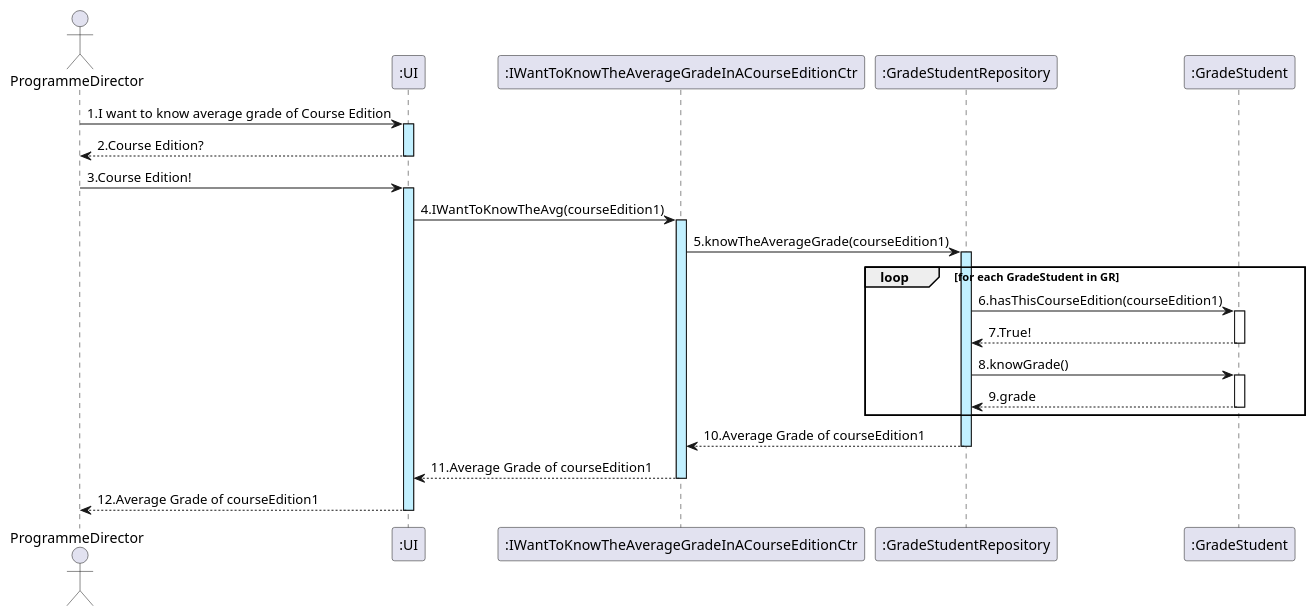
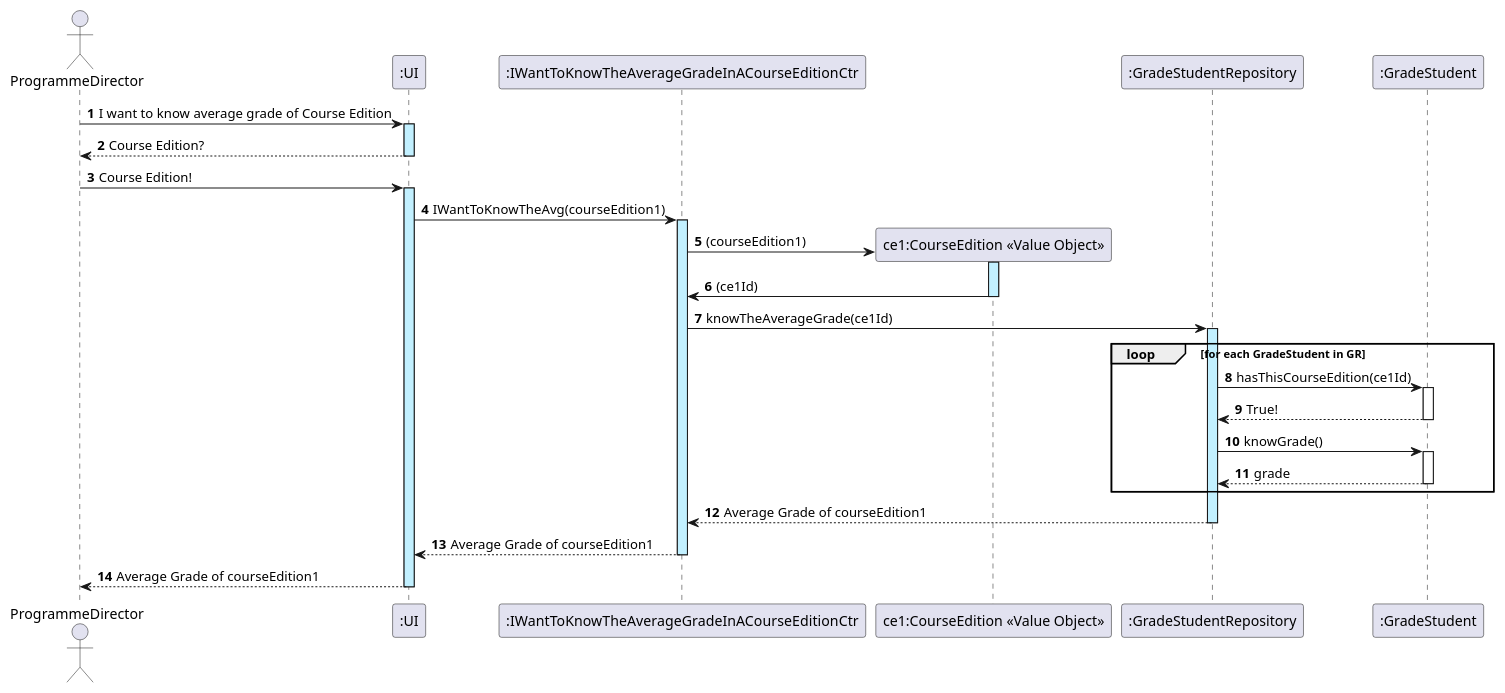
The diagram in docs/US25/US25_knowTheAverageGradeInACourseEditionSD.puml (GasparISEP/DevOps-PAI), drawn with PlantUML before and after one commit.

Commit message:
Update US25 SD according to DDD principles. Related to #106

```diff
--- a/docs/US25/US25_knowTheAverageGradeInACourseEditionSD.puml
+++ b/docs/US25/US25_knowTheAverageGradeInACourseEditionSD.puml
@@ -1,34 +1,42 @@
 @startuml
 actor ProgrammeDirector
 participant ":UI" as UI
 participant ":IWantToKnowTheAverageGradeInACourseEditionCtr" as KA
+participant "ce1:CourseEdition <<Value Object>>" as CE
 participant ":GradeStudentRepository" as GR
 participant ":GradeStudent" as GradeStudent
+autonumber
 
 
-ProgrammeDirector -> UI ++ #application: 1.I want to know average grade of Course Edition
-UI --> ProgrammeDirector -- : 2.Course Edition?
-ProgrammeDirector -> UI ++ #application: 3.Course Edition!
-UI -> KA ++ #application : 4.IWantToKnowTheAvg(courseEdition1)
-KA -> GR ++ #application : 5.knowTheAverageGrade(courseEdition1)
+ProgrammeDirector -> UI ++ #application: I want to know average grade of Course Edition
+UI --> ProgrammeDirector -- : Course Edition?
+ProgrammeDirector -> UI ++ #application: Course Edition!
+UI -> KA ++ #application : IWantToKnowTheAvg(courseEdition1)
+create CE
+KA -> CE ++ #application : (courseEdition1)
+CE -> KA : (ce1Id)
+deactivate CE
+
+
+KA -> GR ++ #application : knowTheAverageGrade(ce1Id)
 
 
 
 loop for each GradeStudent in GR
-    GR -> GradeStudent : 6.hasThisCourseEdition(courseEdition1)
+    GR -> GradeStudent : hasThisCourseEdition(ce1Id)
     activate GradeStudent
-    GradeStudent --> GR : 7.True!
+    GradeStudent --> GR : True!
     deactivate GradeStudent
 
-    GR -> GradeStudent : 8.knowGrade()
+    GR -> GradeStudent : knowGrade()
     activate GradeStudent
-    GradeStudent --> GR : 9.grade
+    GradeStudent --> GR : grade
     deactivate GradeStudent
 end
 
 
-GR --> KA --: 10.Average Grade of courseEdition1
-KA --> UI --: 11.Average Grade of courseEdition1
-UI --> ProgrammeDirector --: 12.Average Grade of courseEdition1
+GR --> KA --: Average Grade of courseEdition1
+KA --> UI --: Average Grade of courseEdition1
+UI --> ProgrammeDirector --: Average Grade of courseEdition1
 
 @enduml
```
